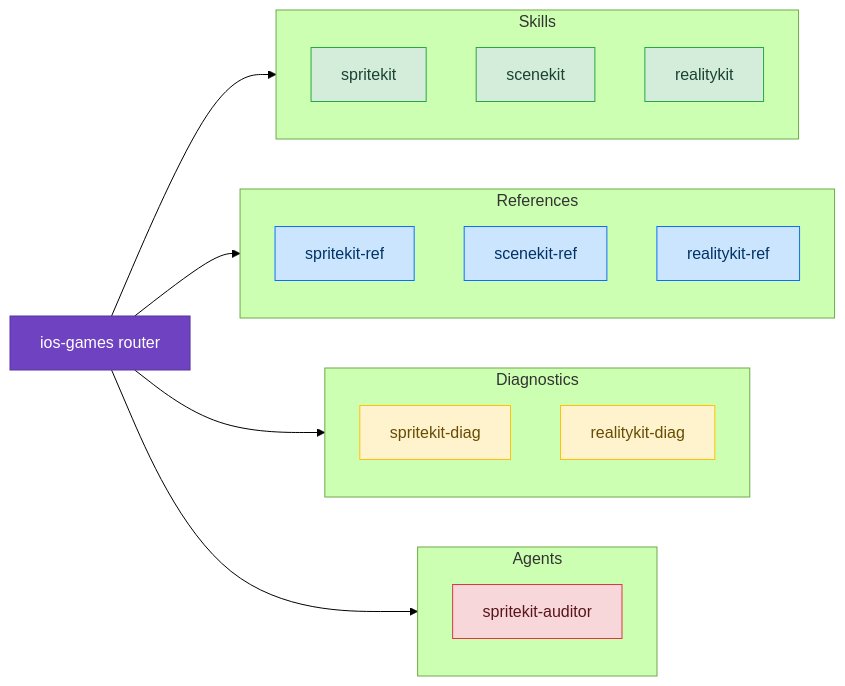
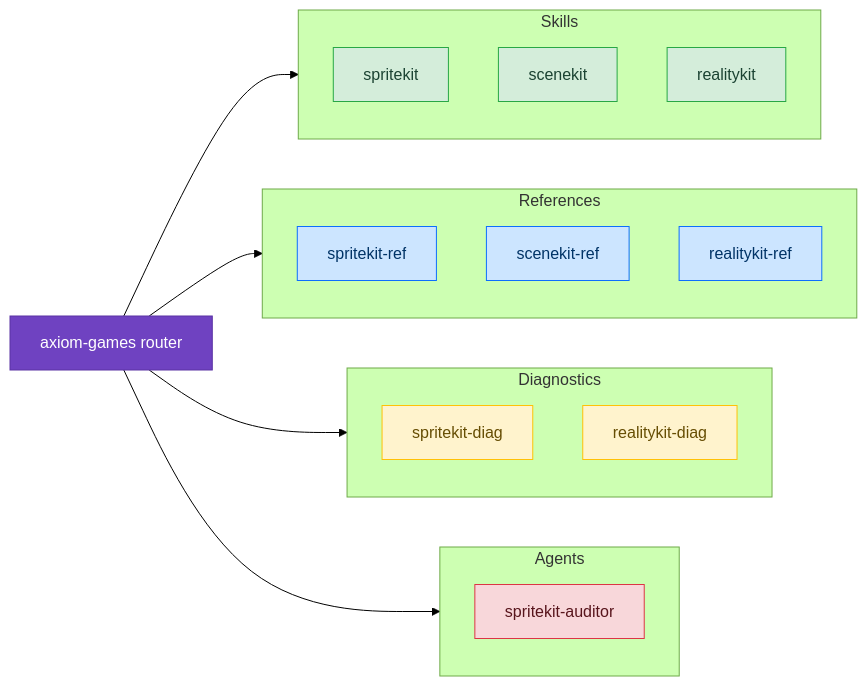
One commit to CharlesWiltgen/Axiom changed the diagram in docs/skills/games/index.md. Above: the diagram before and after it, drawn with Mermaid (forest theme). The commit also changed 11 other files, not shown here.

First line of the commit message:
fix(docs): replace all stale ios-* references with axiom-* names

````diff
--- a/docs/skills/games/index.md
+++ b/docs/skills/games/index.md
@@ -5,35 +5,35 @@
 ```mermaid
 flowchart LR
     classDef router fill:#6f42c1,stroke:#5a32a3,color:#fff
     classDef discipline fill:#d4edda,stroke:#28a745,color:#1b4332
     classDef reference fill:#cce5ff,stroke:#0d6efd,color:#003366
     classDef diagnostic fill:#fff3cd,stroke:#ffc107,color:#664d03
     classDef agent fill:#f8d7da,stroke:#dc3545,color:#58151c
 
-    axiom_ios_games["ios-games router"]:::router
+    axiom_games["axiom-games router"]:::router
 
     subgraph skills_d["Skills"]
         spritekit["spritekit"]:::discipline
         scenekit["scenekit"]:::discipline
         realitykit["realitykit"]:::discipline
     end
-    axiom_ios_games --> skills_d
+    axiom_games --> skills_d
 
     subgraph skills_r["References"]
         spritekit_ref["spritekit-ref"]:::reference
         scenekit_ref["scenekit-ref"]:::reference
         realitykit_ref["realitykit-ref"]:::reference
     end
-    axiom_ios_games --> skills_r
+    axiom_games --> skills_r
 
     subgraph skills_diag["Diagnostics"]
         spritekit_diag["spritekit-diag"]:::diagnostic
         realitykit_diag["realitykit-diag"]:::diagnostic
     end
-    axiom_ios_games --> skills_diag
+    axiom_games --> skills_diag
 
     subgraph agents_sg["Agents"]
         agent_ska["spritekit-auditor"]:::agent
     end
-    axiom_ios_games --> agents_sg
+    axiom_games --> agents_sg
 ```
````
